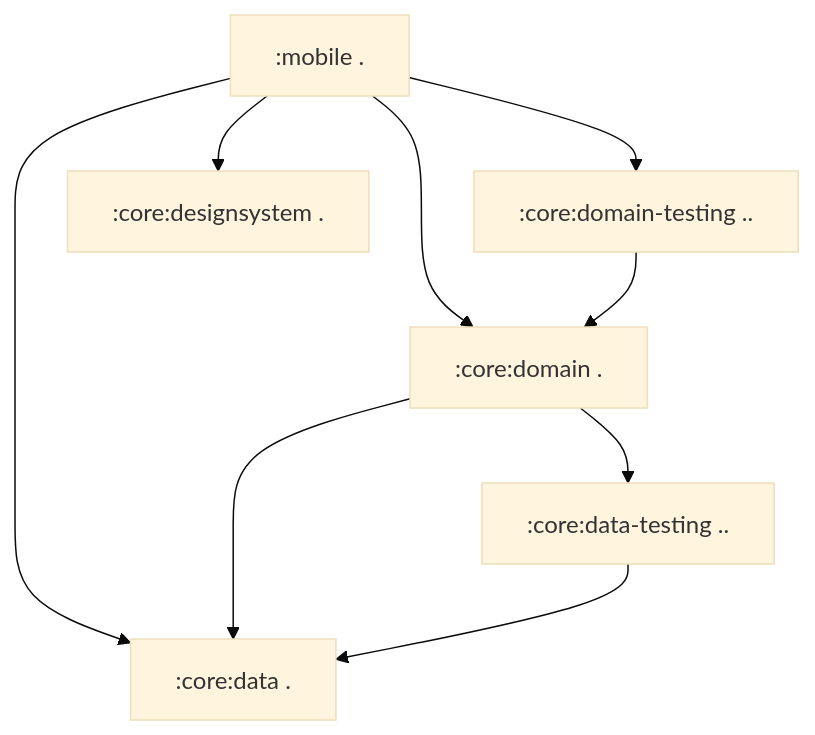
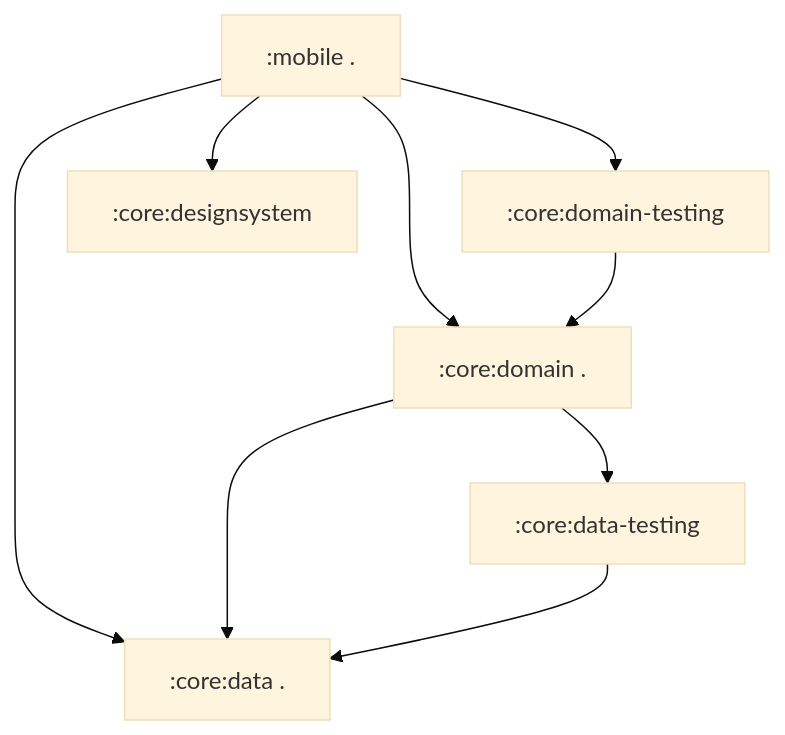
The first of 2 diagrams in topics/migrate-from-android.md (JetBrains/kotlin-multiplatform-dev-docs), drawn with Mermaid (base theme) before and after one commit. The commit also changed other lines of this file, not shown here.

Commit message:
fix: removing Mermaid workarounds as the bug is fixed

````diff
--- a/topics/migrate-from-android.md
+++ b/topics/migrate-from-android.md
@@ -227,34 +227,34 @@
 ```mermaid
 flowchart TB
   %% Style for modules
   %% classDef Module fill:#e6f7ff,stroke:#0086c9,stroke-width:1px,color:#003a52
 
   %% Modules
   M_MOBILE[":mobile ."]
   M_CORE_DATA[":core:data ."]
-  M_CORE_DATA_TESTING[":core:data-testing .."]
+  M_CORE_DATA_TESTING[":core:data-testing"]
   M_CORE_DOMAIN[":core:domain ."]
-  M_CORE_DOMAIN_TESTING[":core:domain-testing .."]
-  M_CORE_DESIGNSYSTEM[":core:designsystem ."]
+  M_CORE_DOMAIN_TESTING[":core:domain-testing"]
+  M_CORE_DESIGNSYSTEM[":core:designsystem"]
 
   class M_MOBILE,M_CORE_DATA,M_CORE_DATA_TESTING,M_CORE_DOMAIN,M_CORE_DOMAIN_TESTING,M_CORE_DESIGNSYSTEM Module
 
   %% Internal dependencies between modules
   %% :mobile
   M_MOBILE --> M_CORE_DATA
   M_MOBILE --> M_CORE_DESIGNSYSTEM
   M_MOBILE --> M_CORE_DOMAIN
   M_MOBILE --> M_CORE_DOMAIN_TESTING
 
   %% :core:domain
   M_CORE_DOMAIN --> M_CORE_DATA
   M_CORE_DOMAIN --> M_CORE_DATA_TESTING
 
   %% :core:data-testing
   M_CORE_DATA_TESTING --> M_CORE_DATA
 
   %% :core:domain-testing
   M_CORE_DOMAIN_TESTING --> M_CORE_DOMAIN
 
   %% :core:designsystem and :core:data have no intra-project dependencies
 ```
````
